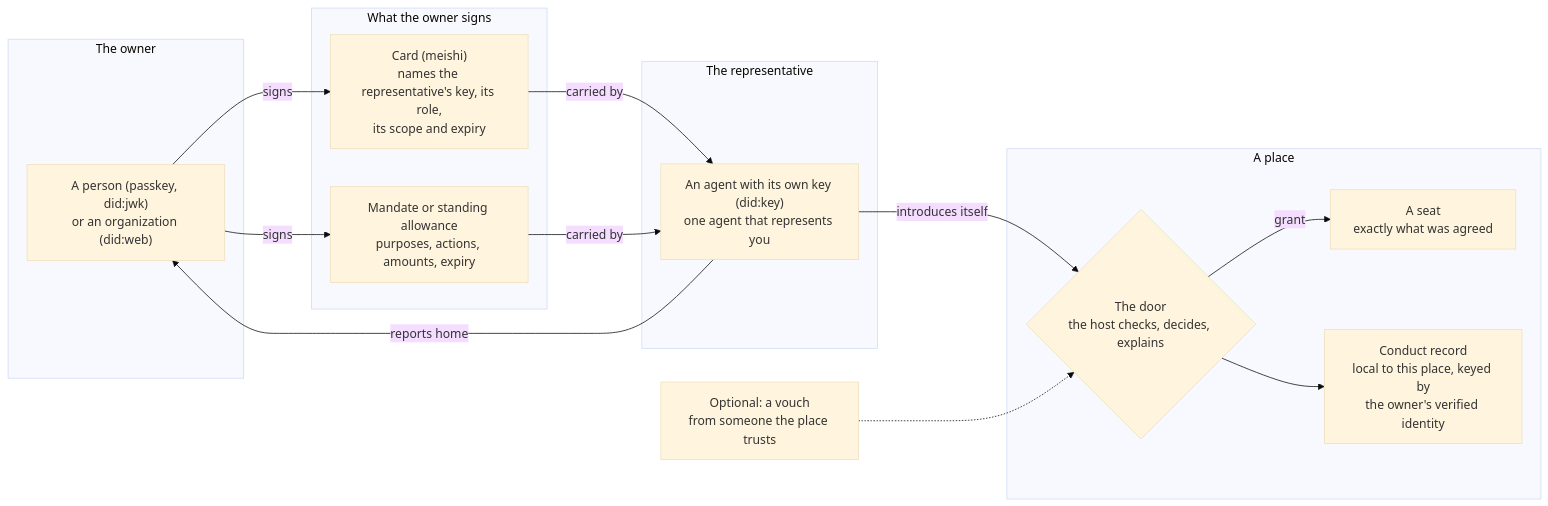
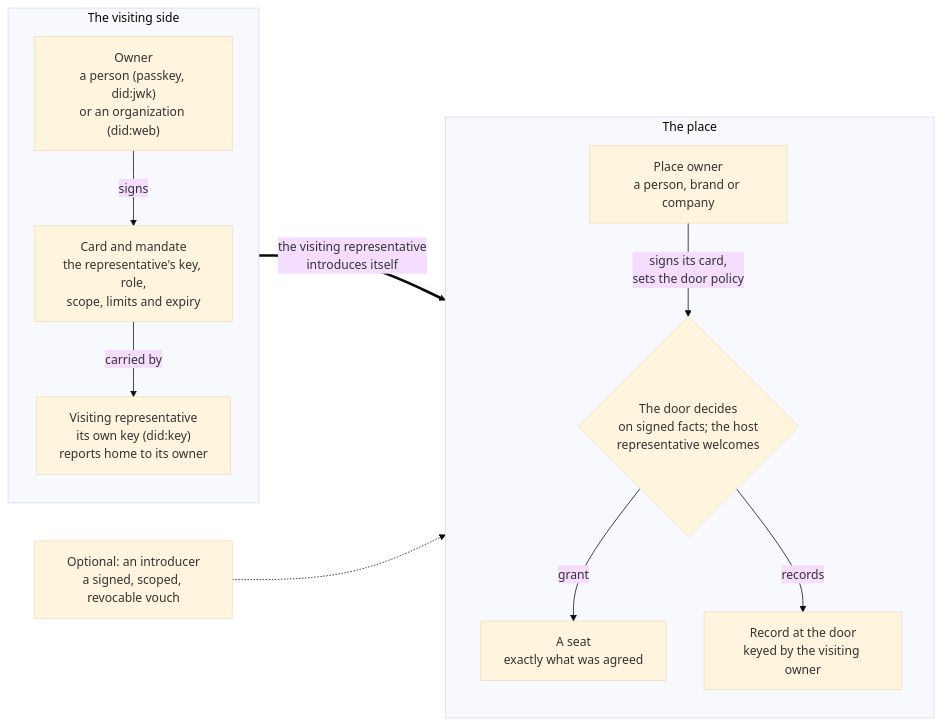
The sixth of 7 diagrams in README.md (Kigenka/shokai), drawn with Mermaid (base theme) before and after one commit. The commit also changed other lines of this file and 618 other files, not shown here.

````diff
--- a/README.md
+++ b/README.md
@@ -158,28 +249,16 @@
 ```mermaid
 flowchart LR
-  subgraph Owner["The owner"]
-    O["A person (passkey, did:jwk)<br/>or an organization (did:web)"]
+  subgraph Visiting["The visiting side"]
+    direction TB
+    O["Owner<br/>a person (passkey, did:jwk)<br/>or an organization (did:web)"] -- "signs" --> C["Card and mandate<br/>the representative's key, role,<br/>scope, limits and expiry"]
+    C -- "carried by" --> V["Visiting representative<br/>its own key (did:key)<br/>reports home to its owner"]
   end
-  subgraph Signed["What the owner signs"]
-    C["Card (meishi)<br/>names the representative's key, its role,<br/>its scope and expiry"]
-    M["Mandate or standing allowance<br/>purposes, actions, amounts, expiry"]
+  subgraph Hosting["The place"]
+    direction TB
+    PO["Place owner<br/>a person, brand or company"] -- "signs its card,<br/>sets the door policy" --> H{"The door decides<br/>on signed facts; the host<br/>representative welcomes"}
+    H -- "grant" --> S["A seat<br/>exactly what was agreed"]
+    H -- "records" --> K["Record at the door<br/>keyed by the visiting owner"]
   end
-  subgraph Rep["The representative"]
-    R["An agent with its own key (did:key)<br/>one agent that represents you"]
-  end
-  subgraph Place["A place"]
-    D{"The door<br/>the host checks, decides, explains"}
-    S["A seat<br/>exactly what was agreed"]
-    K["Conduct record<br/>local to this place, keyed by<br/>the owner's verified identity"]
-  end
-  V["Optional: a vouch<br/>from someone the place trusts"]
-  O -- "signs" --> C
-  O -- "signs" --> M
-  C -- "carried by" --> R
-  M -- "carried by" --> R
-  R -- "introduces itself" --> D
-  V -.-> D
-  D -- "grant" --> S
-  D --> K
-  R -- "reports home" --> O
+  Visiting == "the visiting representative<br/>introduces itself" ==> Hosting
+  I["Optional: an introducer<br/>a signed, scoped, revocable vouch"] -.-> Hosting
 ```
````
